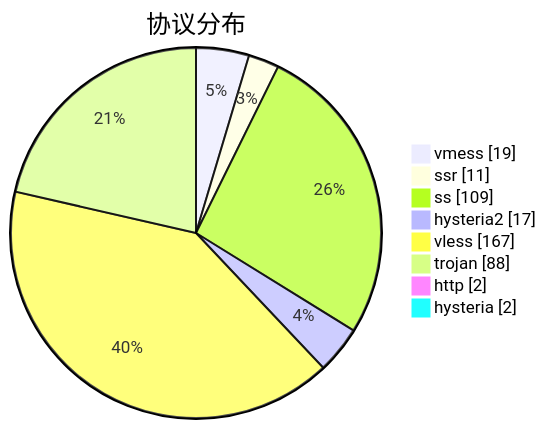
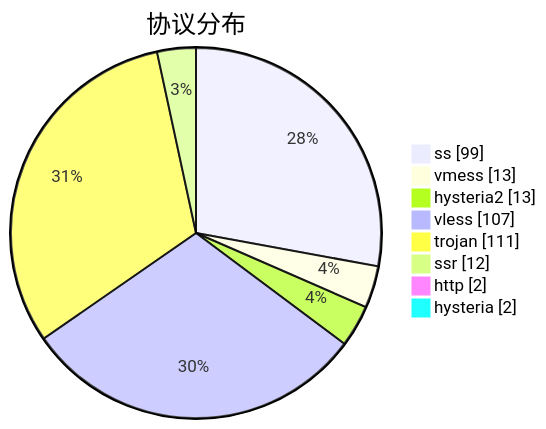
The third of 3 diagrams in subs/statistics/tested_within.md (sinspired/airport), drawn with Mermaid before and after one commit. The commit also changed other lines of this file and 2 other files, not shown here.

````diff
--- a/subs/statistics/tested_within.md
+++ b/subs/statistics/tested_within.md
@@ -58,12 +56,12 @@
 ```mermaid
 pie showData
 title 协议分布
-"vmess" : 19
-"ssr" : 11
-"ss" : 109
-"hysteria2" : 17
-"vless" : 167
-"trojan" : 88
+"ss" : 99
+"vmess" : 13
+"hysteria2" : 13
+"vless" : 107
+"trojan" : 111
+"ssr" : 12
 "http" : 2
 "hysteria" : 2
 ```
````
